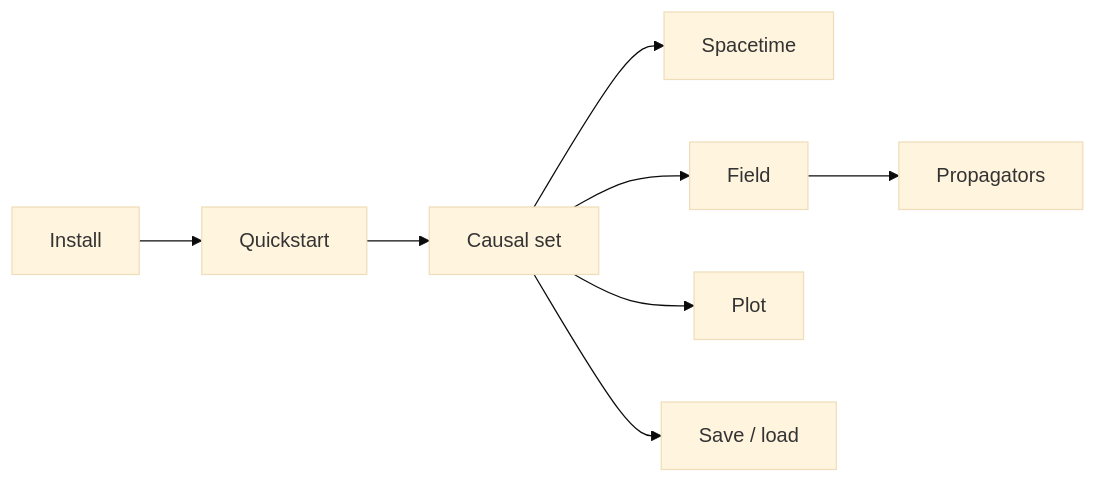
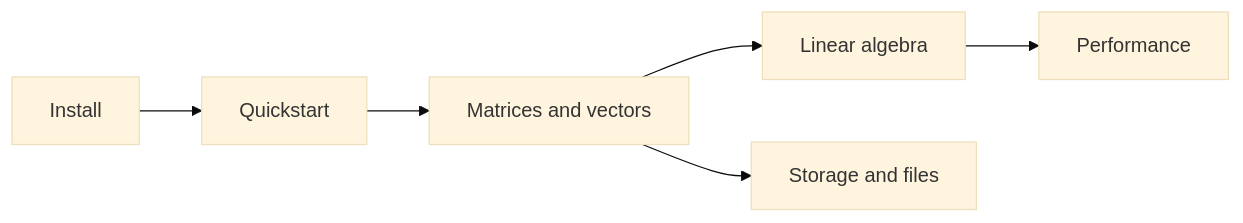
One commit to BrorH/pycauset changed the diagram in documentation/guides/index.md. Above: the diagram before and after it, drawn with Mermaid (base theme). The commit also changed other lines of this file and 6 other files, not shown here.

````diff
--- a/documentation/guides/index.md
+++ b/documentation/guides/index.md
@@ -6,10 +6,8 @@
 ```mermaid
 flowchart LR
     A[Install] --> B[Quickstart]
-    B --> C[Causal set]
-    C --> D[Spacetime]
-    C --> E[Field]
-    E --> F[Propagators]
-    C --> G[Plot]
-    C --> H[Save / load]
+    B --> C[Matrices and vectors]
+    C --> D[Linear algebra]
+    C --> E[Storage and files]
+    D --> F[Performance]
 ```
````
